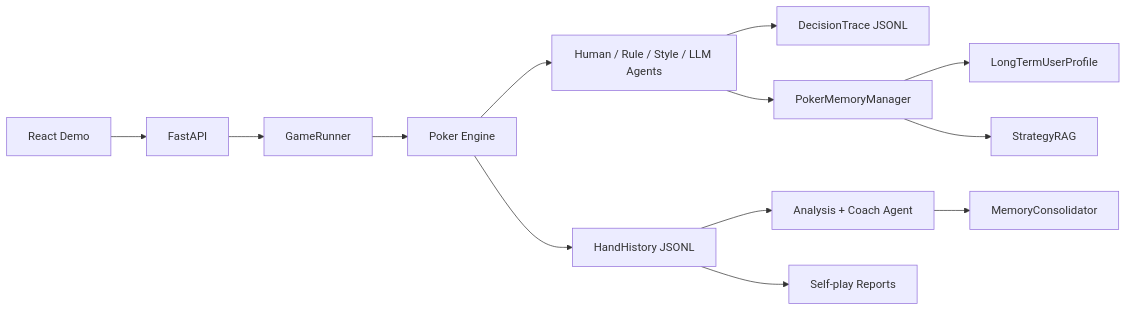
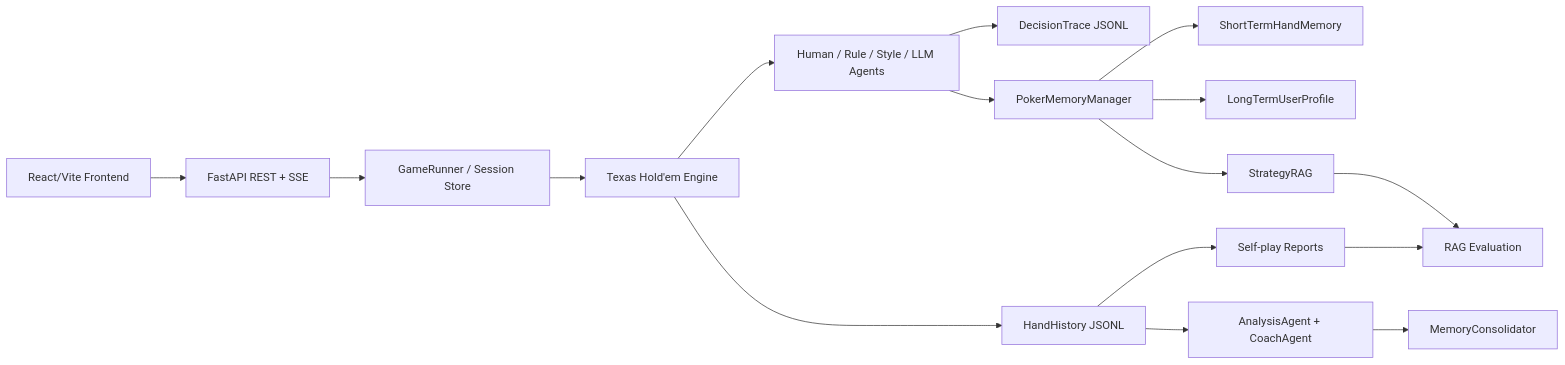
The diagram in README.md (King-zege/PokerAgentLab), drawn with Mermaid before and after one commit. The commit also changed other lines of this file and 1 other file, not shown here.

````diff
--- a/README.md
+++ b/README.md
@@ -18,15 +34,18 @@
 ```mermaid
 flowchart LR
-  UI["React Demo"] --> API["FastAPI"]
-  API --> Runner["GameRunner"]
-  Runner --> Engine["Poker Engine"]
+  UI["React/Vite Frontend"] --> API["FastAPI REST + SSE"]
+  API --> Runner["GameRunner / Session Store"]
+  Runner --> Engine["Texas Hold'em Engine"]
   Engine --> Agents["Human / Rule / Style / LLM Agents"]
   Agents --> Trace["DecisionTrace JSONL"]
   Engine --> History["HandHistory JSONL"]
   Agents --> Memory["PokerMemoryManager"]
+  Memory --> ShortTerm["ShortTermHandMemory"]
   Memory --> Profile["LongTermUserProfile"]
   Memory --> Strategy["StrategyRAG"]
-  History --> Coach["Analysis + Coach Agent"]
+  History --> Coach["AnalysisAgent + CoachAgent"]
   Coach --> Consolidator["MemoryConsolidator"]
   History --> Experiments["Self-play Reports"]
+  Strategy --> Evaluation["RAG Evaluation"]
+  Experiments --> Evaluation
 ```
````
